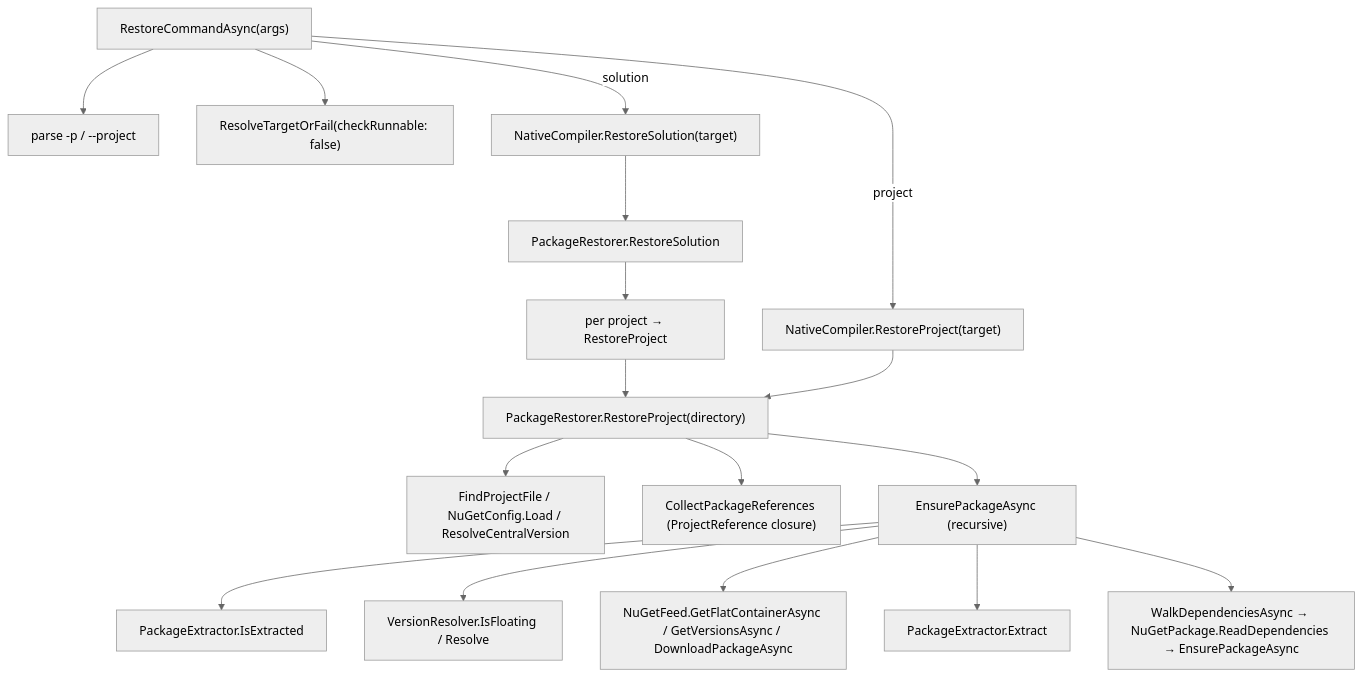
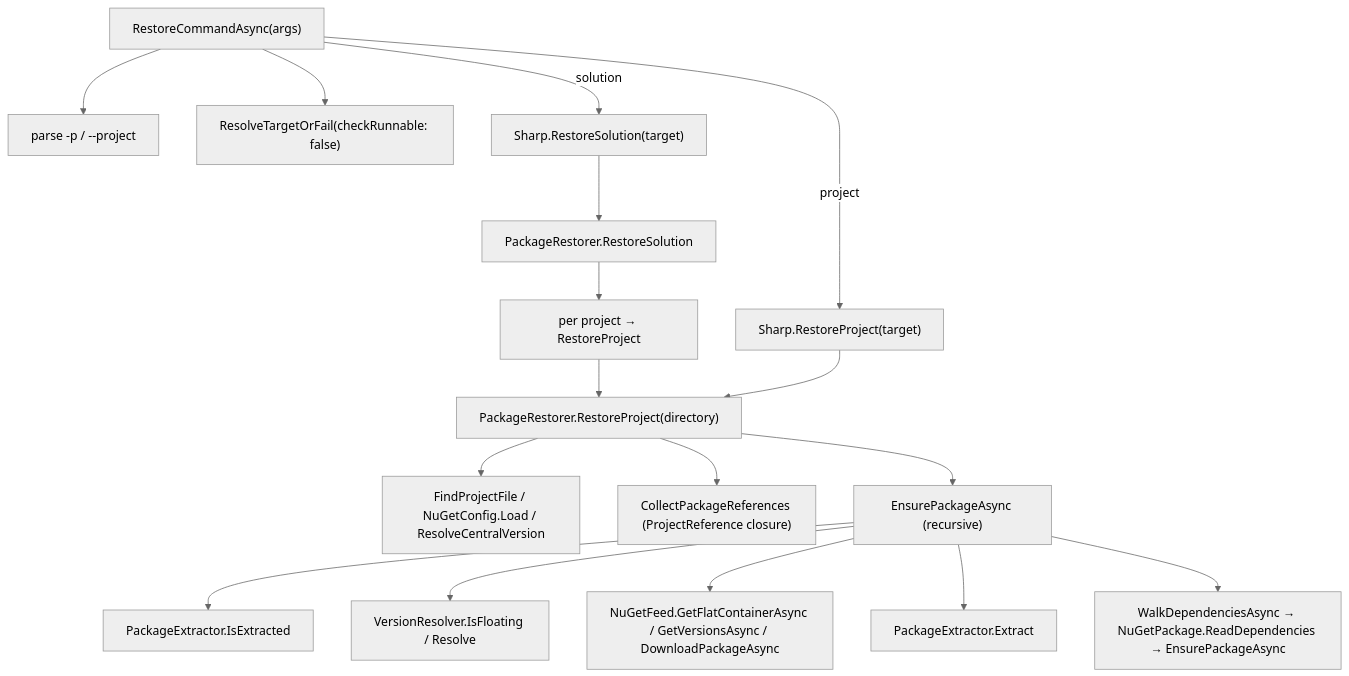
The fourth of 6 diagrams in docs/compiler-architecture-1.2.md (martasp/sharp), drawn with Mermaid (neutral theme) before and after one commit. The commit also changed other lines of this file and 194 other files, not shown here.

First line of the commit message:
Rename NativeCompiler to sharp (#7)

````diff
--- a/docs/compiler-architecture-1.2.md
+++ b/docs/compiler-architecture-1.2.md
@@ -273,19 +273,19 @@
 ```mermaid
 flowchart TB
     A["RestoreCommandAsync(args)"] --> B["parse -p / --project"]
     A --> C["ResolveTargetOrFail(checkRunnable: false)"]
-    A -->|"solution"| D["NativeCompiler.RestoreSolution(target)"]
+    A -->|"solution"| D["Sharp.RestoreSolution(target)"]
     D --> D1["PackageRestorer.RestoreSolution"]
     D1 --> D2["per project → RestoreProject"]
-    A -->|"project"| E["NativeCompiler.RestoreProject(target)"]
+    A -->|"project"| E["Sharp.RestoreProject(target)"]
     D2 --> E1
     E --> E1["PackageRestorer.RestoreProject(directory)"]
     E1 --> F1["FindProjectFile / NuGetConfig.Load / ResolveCentralVersion"]
     E1 --> F2["CollectPackageReferences (ProjectReference closure)"]
     E1 --> F3["EnsurePackageAsync (recursive)"]
     F3 --> F3a["PackageExtractor.IsExtracted"]
     F3 --> F3b["VersionResolver.IsFloating / Resolve"]
     F3 --> F3c["NuGetFeed.GetFlatContainerAsync / GetVersionsAsync / DownloadPackageAsync"]
     F3 --> F3d["PackageExtractor.Extract"]
     F3 --> F3e["WalkDependenciesAsync → NuGetPackage.ReadDependencies → EnsurePackageAsync"]
 ```
````
